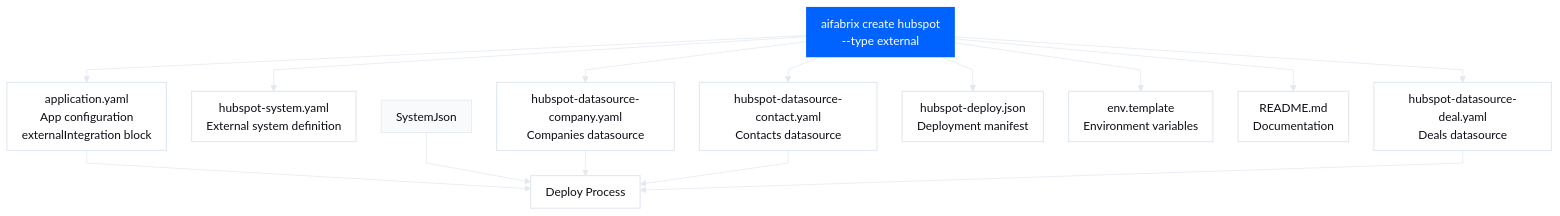
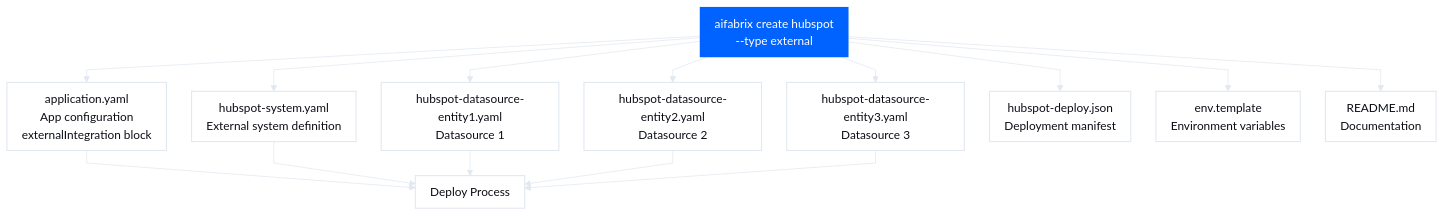
Before and after one commit to esystemsdev/aifabrix-builder: the second of 3 diagrams in docs/external-systems.md, drawn with Mermaid. The commit also changed other lines of this file and 6 other files, not shown here.

````diff
--- a/docs/external-systems.md
+++ b/docs/external-systems.md
@@ -116,49 +127,49 @@
 ```mermaid
 %%{init: {
   "theme": "base",
   "themeVariables": {
     "fontFamily": "Poppins, Arial Rounded MT Bold, Arial, sans-serif",
     "fontSize": "16px",
     "background": "#FFFFFF",
     "primaryColor": "#F8FAFC",
     "primaryTextColor": "#0B0E15",
     "primaryBorderColor": "#E2E8F0",
     "lineColor": "#E2E8F0",
     "textColor": "#0B0E15",
     "borderRadius": 16
   },
   "flowchart": {
     "curve": "linear",
     "nodeSpacing": 34,
     "rankSpacing": 34,
     "padding": 10
   }
 }}%%
 
 flowchart TD
 
 %% =======================
 %% Styles
 %% =======================
 classDef base fill:#FFFFFF,color:#0B0E15,stroke:#E2E8F0,stroke-width:1.5px;
 classDef medium fill:#1E3A8A,color:#ffffff,stroke-width:0px;
 classDef primary fill:#0062FF,color:#ffffff,stroke-width:0px;
 
 %% =======================
 %% Flow
 %% =======================
 Create[aifabrix create hubspot<br/>--type external]:::primary --> Variables[application.yaml<br/>App configuration<br/>externalIntegration block]:::base
 Create --> SystemYaml[hubspot-system.yaml<br/>External system definition]:::base
-Create --> Datasource1[hubspot-datasource-company.yaml<br/>Companies datasource]:::base
-Create --> Datasource2[hubspot-datasource-contact.yaml<br/>Contacts datasource]:::base
-Create --> Datasource3[hubspot-datasource-deal.yaml<br/>Deals datasource]:::base
+Create --> Datasource1[hubspot-datasource-entity1.yaml<br/>Datasource 1]:::base
+Create --> Datasource2[hubspot-datasource-entity2.yaml<br/>Datasource 2]:::base
+Create --> Datasource3[hubspot-datasource-entity3.yaml<br/>Datasource 3]:::base
 Create --> DeployManifest[hubspot-deploy.json<br/>Deployment manifest]:::base
 Create --> EnvTemplate[env.template<br/>Environment variables]:::base
 Create --> Readme[README.md<br/>Documentation]:::base
 
 Variables --> Deploy[Deploy Process]:::base
-SystemJson --> Deploy
+SystemYaml --> Deploy
 Datasource1 --> Deploy
 Datasource2 --> Deploy
 Datasource3 --> Deploy
 ```
````
